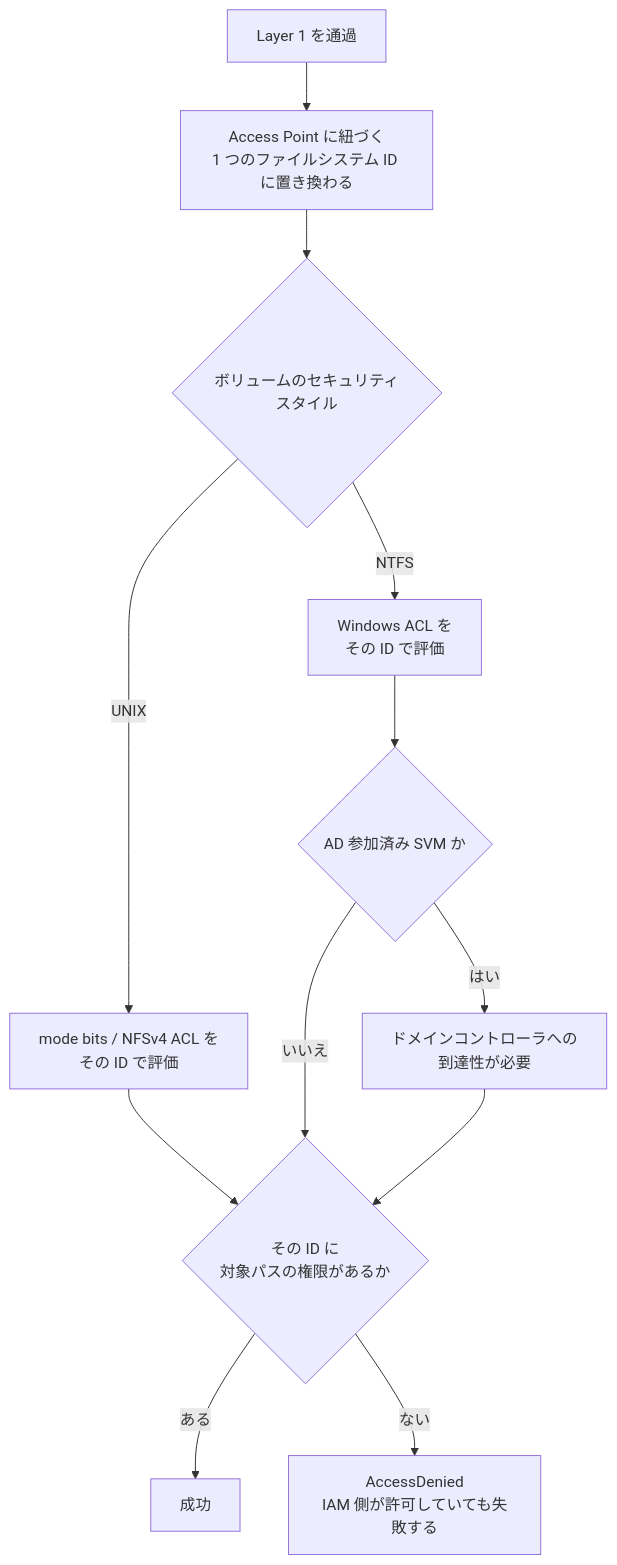
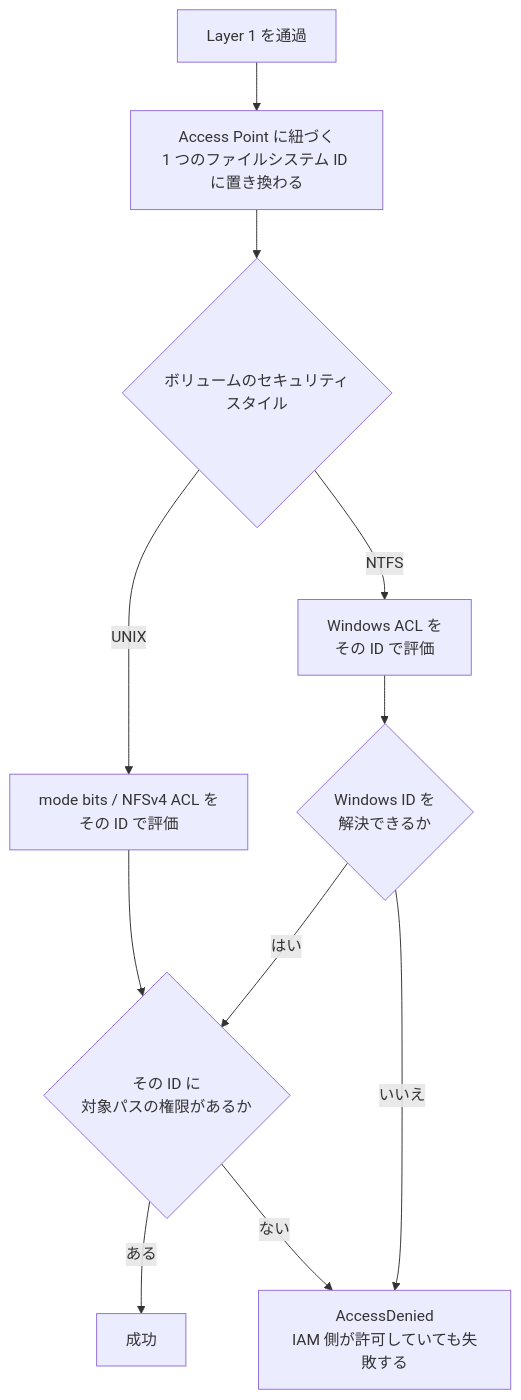
Before and after one commit to Yoshiki0705/FSx-for-ONTAP-Adoption-Playbook: the second of 2 diagrams in docs/ja/reference/decision-trees/access-point-authorization.md, drawn with Mermaid. The commit also changed other lines of this file and 257 other files, not shown here.

````diff
--- a/docs/ja/reference/decision-trees/access-point-authorization.md
+++ b/docs/ja/reference/decision-trees/access-point-authorization.md
@@ -87,18 +87,17 @@
 ```mermaid
 graph TD
     IN[Layer 1 を通過] --> ID["Access Point に紐づく<br/>1 つのファイルシステム ID に置き換わる"]
     ID --> STYLE{ボリュームのセキュリティスタイル}
 
     STYLE -->|UNIX| U["mode bits / NFSv4 ACL を<br/>その ID で評価"]
     STYLE -->|NTFS| W["Windows ACL を<br/>その ID で評価"]
 
     U --> R{"その ID に<br/>対象パスの権限があるか"}
 
-    W --> AD{"AD 参加済み SVM か"}
-    AD -->|はい| DC["ドメインコントローラへの<br/>到達性が必要"]
-    AD -->|いいえ| R
-    DC --> R
+    W --> RESOLVE{"Windows ID を<br/>解決できるか"}
+    RESOLVE -->|はい| R
+    RESOLVE -->|いいえ| NG
 
     R -->|ある| OK[成功]
     R -->|ない| NG["AccessDenied<br/>IAM 側が許可していても失敗する"]
 ```
````
